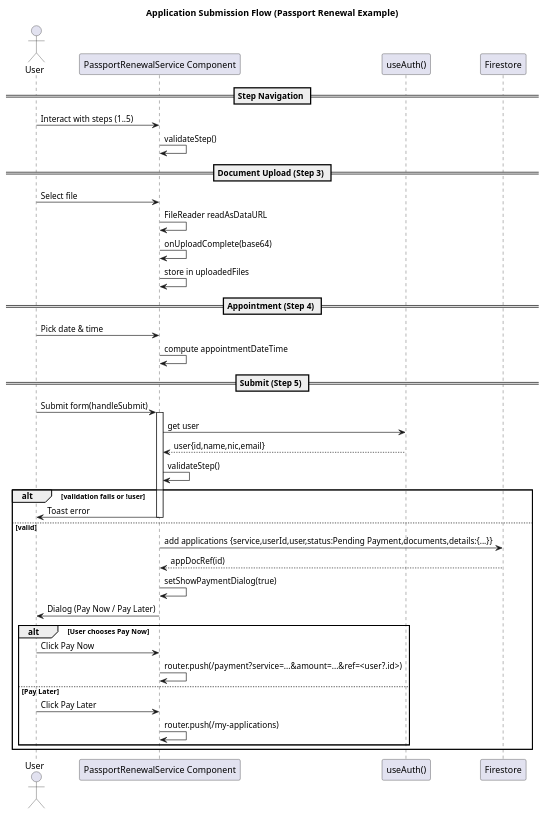
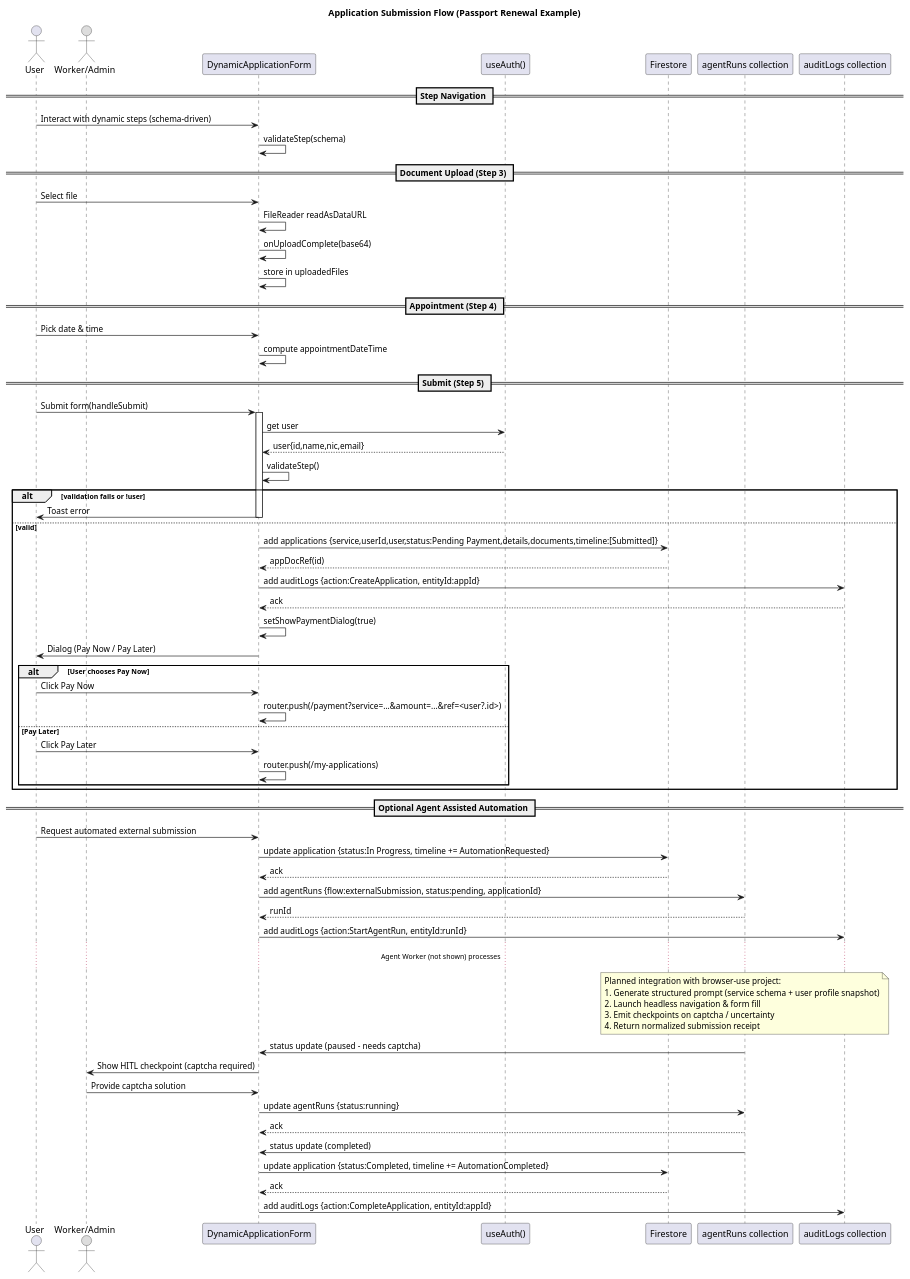
One commit to AdithyaSean/govconnect-sl changed the diagram in docs/sequence-diagrams/application-submission-flow.puml. Above: the diagram before and after it, drawn with PlantUML. The commit also changed 34 other files, not shown here.

```diff
--- a/docs/sequence-diagrams/application-submission-flow.puml
+++ b/docs/sequence-diagrams/application-submission-flow.puml
@@ -1,48 +1,78 @@
 @startuml application_submission_flow
 title Application Submission Flow (Passport Renewal Example)
 ' =====================================================================
 ' Based on passport-renewal-service.tsx multi-step form
 ' =====================================================================
 actor User
-participant UI as "PassportRenewalService Component"
+actor Admin as "Worker/Admin" #DDDDDD
+participant UI as "DynamicApplicationForm"
 participant Auth as "useAuth()"
 participant FS as "Firestore"
+participant AR as "agentRuns collection"
+participant AUD as "auditLogs collection"
 
 == Step Navigation ==
-User -> UI: Interact with steps (1..5)
-UI -> UI: validateStep()
+User -> UI: Interact with dynamic steps (schema-driven)
+UI -> UI: validateStep(schema)
 
 == Document Upload (Step 3) ==
 User -> UI: Select file
 UI -> UI: FileReader readAsDataURL
 UI -> UI: onUploadComplete(base64)
 UI -> UI: store in uploadedFiles
 
 == Appointment (Step 4) ==
 User -> UI: Pick date & time
 UI -> UI: compute appointmentDateTime
 
 == Submit (Step 5) ==
 User -> UI: Submit form(handleSubmit)
 activate UI
 UI -> Auth: get user
 Auth --> UI: user{id,name,nic,email}
 UI -> UI: validateStep()
 alt validation fails or !user
   UI -> User: Toast error
   deactivate UI
 else valid
-  UI -> FS: add applications {service,userId,user,status:Pending Payment,documents,details:{...}}
+  UI -> FS: add applications {service,userId,user,status:Pending Payment,details,documents,timeline:[Submitted]}
   FS --> UI: appDocRef(id)
+  UI -> AUD: add auditLogs {action:CreateApplication, entityId:appId}
+  AUD --> UI: ack
   UI -> UI: setShowPaymentDialog(true)
   UI -> User: Dialog (Pay Now / Pay Later)
   alt User chooses Pay Now
     User -> UI: Click Pay Now
     UI -> UI: router.push(/payment?service=...&amount=...&ref=<user?.id>)
   else Pay Later
     User -> UI: Click Pay Later
     UI -> UI: router.push(/my-applications)
   end
   deactivate UI
 end
+
+== Optional Agent Assisted Automation ==
+User -> UI: Request automated external submission
+UI -> FS: update application {status:In Progress, timeline += AutomationRequested}
+FS --> UI: ack
+UI -> AR: add agentRuns {flow:externalSubmission, status:pending, applicationId}
+AR --> UI: runId
+UI -> AUD: add auditLogs {action:StartAgentRun, entityId:runId}
+... Agent Worker (not shown) processes ...
+note over AR
+ Planned integration with browser-use project:
+ 1. Generate structured prompt (service schema + user profile snapshot)
+ 2. Launch headless navigation & form fill
+ 3. Emit checkpoints on captcha / uncertainty
+ 4. Return normalized submission receipt
+end note
+AR -> UI: status update (paused - needs captcha)
+UI -> Admin: Show HITL checkpoint (captcha required)
+Admin -> UI: Provide captcha solution
+UI -> AR: update agentRuns {status:running}
+AR --> UI: ack
+AR -> UI: status update (completed)
+UI -> FS: update application {status:Completed, timeline += AutomationCompleted}
+FS --> UI: ack
+UI -> AUD: add auditLogs {action:CompleteApplication, entityId:appId}
 @enduml
```
